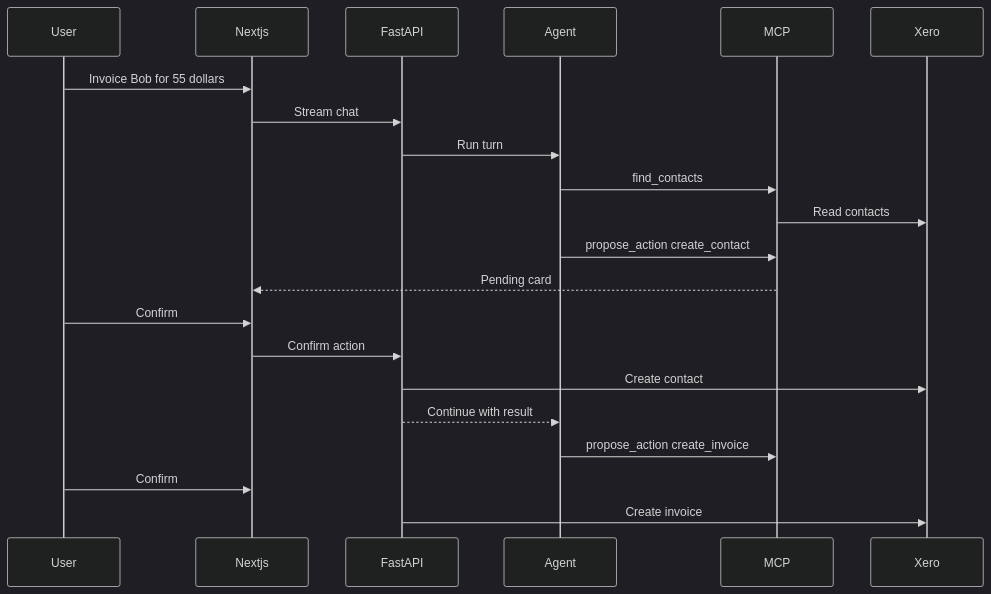
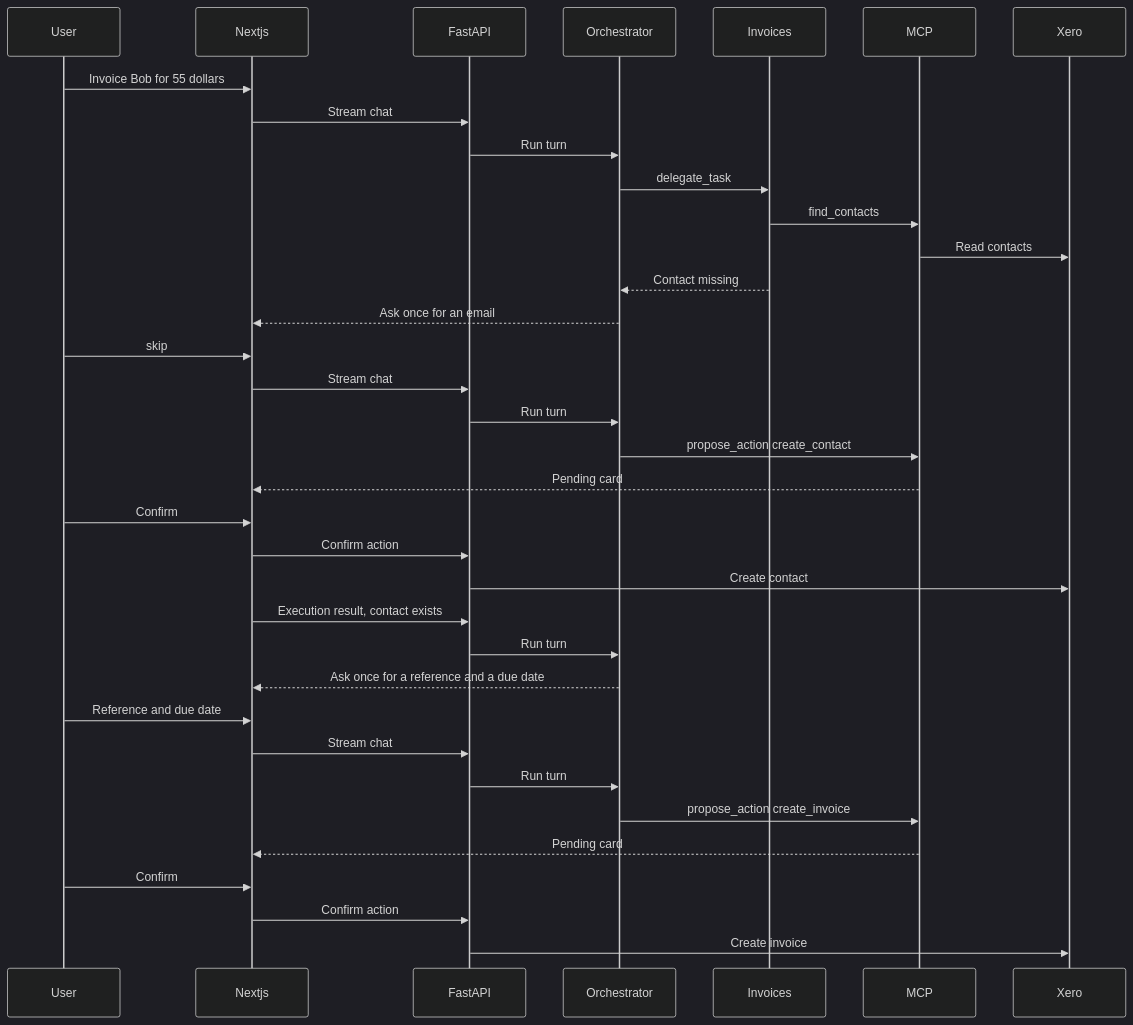
Before and after one commit to JarrodNB/xero_assistant: the diagram in ARCHITECTURE.md, drawn with Mermaid (dark theme). The commit also changed other lines of this file and 48 other files, not shown here.

First line of the commit message:
Split chat into an orchestrator and an invoices reader, and score each path on its own.

````diff
--- a/ARCHITECTURE.md
+++ b/ARCHITECTURE.md
@@ -10,24 +10,38 @@
 ```mermaid
 sequenceDiagram
   participant User
   participant Nextjs
   participant FastAPI
-  participant Agent
+  participant Orchestrator
+  participant Invoices
   participant MCP
   participant Xero
 
   User->>Nextjs: Invoice Bob for 55 dollars
   Nextjs->>FastAPI: Stream chat
-  FastAPI->>Agent: Run turn
-  Agent->>MCP: find_contacts
+  FastAPI->>Orchestrator: Run turn
+  Orchestrator->>Invoices: delegate_task
+  Invoices->>MCP: find_contacts
   MCP->>Xero: Read contacts
-  Agent->>MCP: propose_action create_contact
+  Invoices-->>Orchestrator: Contact missing
+  Orchestrator-->>Nextjs: Ask once for an email
+  User->>Nextjs: skip
+  Nextjs->>FastAPI: Stream chat
+  FastAPI->>Orchestrator: Run turn
+  Orchestrator->>MCP: propose_action create_contact
   MCP-->>Nextjs: Pending card
   User->>Nextjs: Confirm
   Nextjs->>FastAPI: Confirm action
   FastAPI->>Xero: Create contact
-  FastAPI-->>Agent: Continue with result
-  Agent->>MCP: propose_action create_invoice
+  Nextjs->>FastAPI: Execution result, contact exists
+  FastAPI->>Orchestrator: Run turn
+  Orchestrator-->>Nextjs: Ask once for a reference and a due date
+  User->>Nextjs: Reference and due date
+  Nextjs->>FastAPI: Stream chat
+  FastAPI->>Orchestrator: Run turn
+  Orchestrator->>MCP: propose_action create_invoice
+  MCP-->>Nextjs: Pending card
   User->>Nextjs: Confirm
+  Nextjs->>FastAPI: Confirm action
   FastAPI->>Xero: Create invoice
 ```
````
